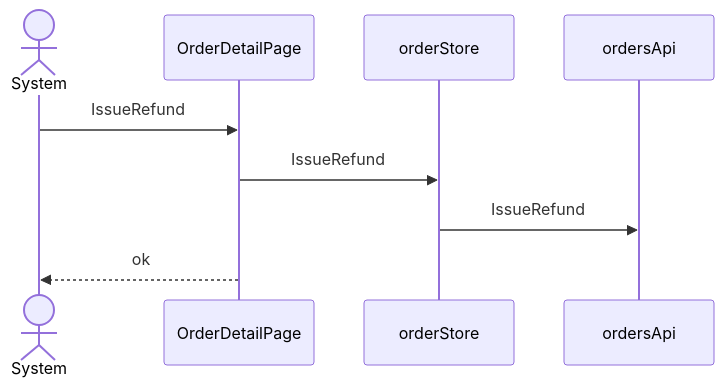
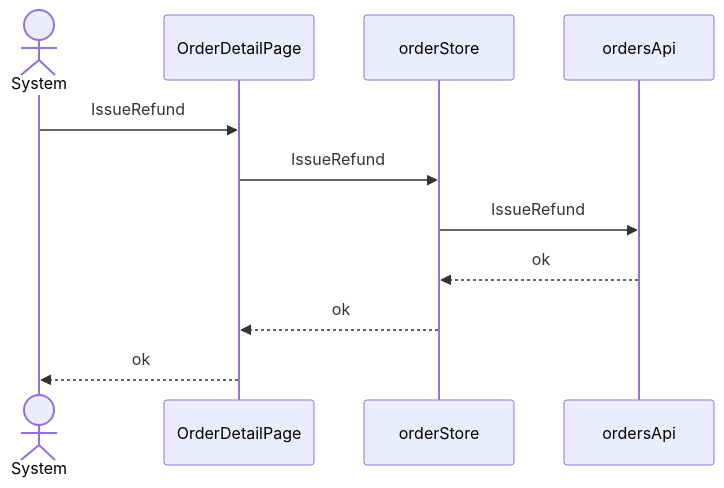
Before and after one commit to pin0513/AITools: the fifth of 6 diagrams in skills/spec-dev-process/examples/matrix/fe-only-en-s1/specs/rd/order-cancel/spec/30-architecture-c4.md, drawn with Mermaid. The commit also changed other lines of this file and 257 other files, not shown here.

````diff
--- a/skills/spec-dev-process/examples/matrix/fe-only-en-s1/specs/rd/order-cancel/spec/30-architecture-c4.md
+++ b/skills/spec-dev-process/examples/matrix/fe-only-en-s1/specs/rd/order-cancel/spec/30-architecture-c4.md
@@ -86,11 +89,13 @@
 ```mermaid
 sequenceDiagram
   actor U as System
   participant CMP001 as OrderDetailPage
   participant CMP004 as orderStore
   participant CMP005 as ordersApi
   U->>CMP001: IssueRefund
   CMP001->>CMP004: IssueRefund
   CMP004->>CMP005: IssueRefund
+  CMP005-->>CMP004: ok
+  CMP004-->>CMP001: ok
   CMP001-->>U: ok
 ```
````
